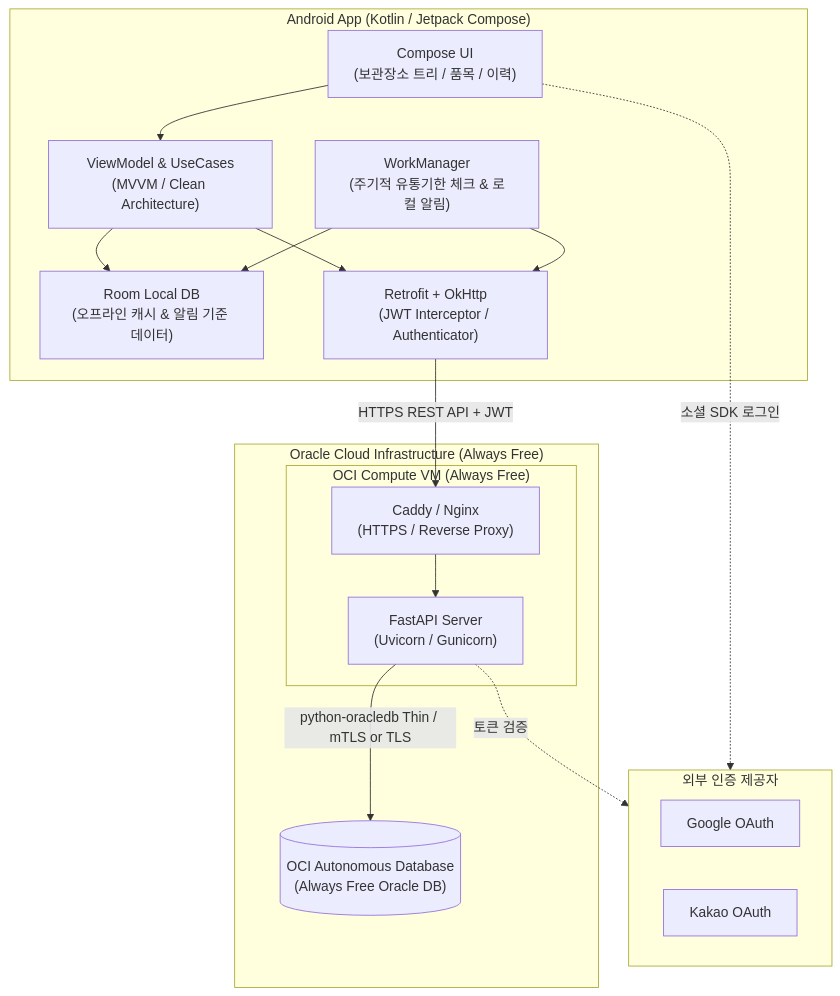
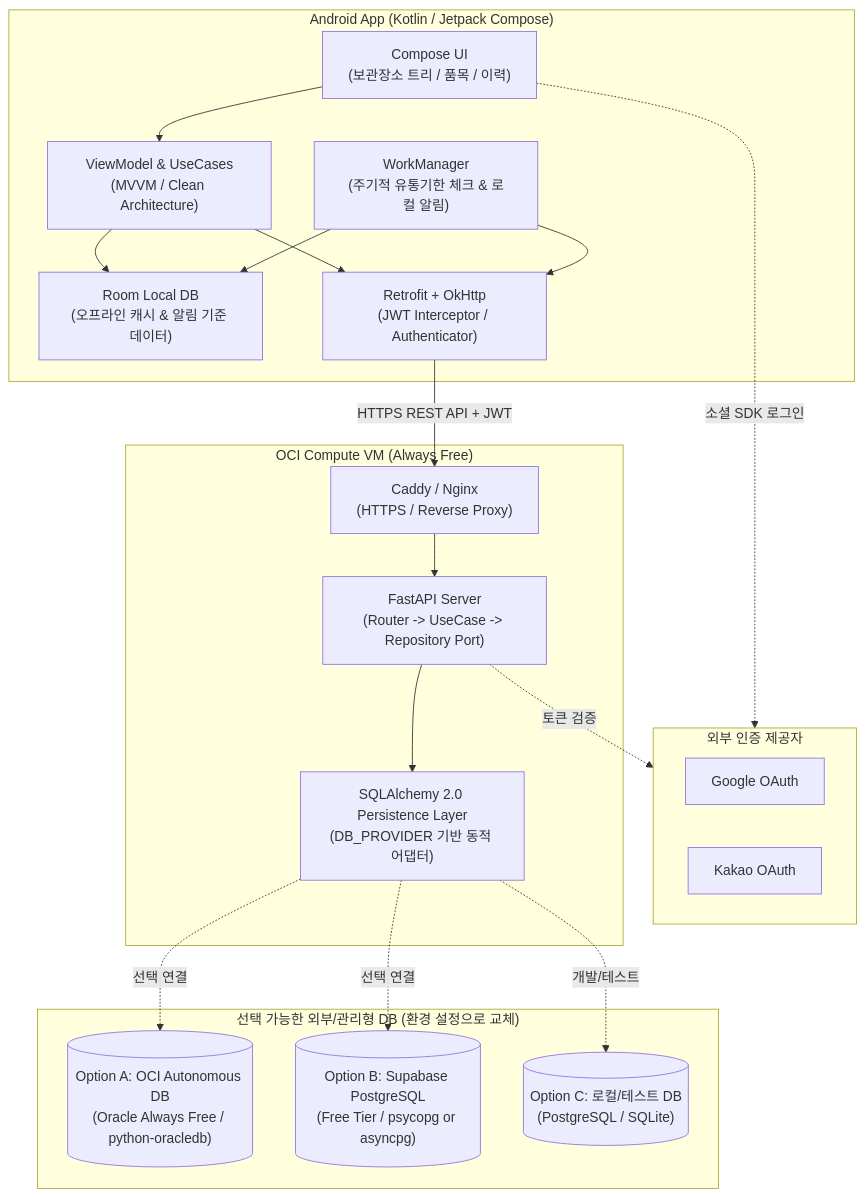
Before and after one commit to mjcode1588/refrigerator_manger: the diagram in docs/02-architecture/01-system-architecture.md, drawn with Mermaid. The commit also changed other lines of this file and 7 other files, not shown here.

Commit message:
docs: Oracle ADB·Supabase 등 다중 DB 지원 아키텍처 및 가이드 반영

````diff
--- a/docs/02-architecture/01-system-architecture.md
+++ b/docs/02-architecture/01-system-architecture.md
@@ -11,34 +11,41 @@
 ```mermaid
 flowchart TB
     subgraph Client["Android App (Kotlin / Jetpack Compose)"]
         UI["Compose UI\n(보관장소 트리 / 품목 / 이력)"]
         VM["ViewModel & UseCases\n(MVVM / Clean Architecture)"]
         ROOM["Room Local DB\n(오프라인 캐시 & 알림 기준 데이터)"]
         WM["WorkManager\n(주기적 유통기한 체크 & 로컬 알림)"]
         NET["Retrofit + OkHttp\n(JWT Interceptor / Authenticator)"]
         UI --> VM
         VM --> ROOM
         VM --> NET
         WM --> ROOM
         WM --> NET
     end
 
     subgraph OAuth["외부 인증 제공자"]
         GOOGLE["Google OAuth"]
         KAKAO["Kakao OAuth"]
     end
 
-    subgraph OCI["Oracle Cloud Infrastructure (Always Free)"]
-        subgraph Compute["OCI Compute VM (Always Free)"]
-            PROXY["Caddy / Nginx\n(HTTPS / Reverse Proxy)"]
-            API["FastAPI Server\n(Uvicorn / Gunicorn)"]
-            PROXY --> API
-        end
-        ADB[("OCI Autonomous Database\n(Always Free Oracle DB)")]
-        API -->|python-oracledb Thin / mTLS or TLS| ADB
+    subgraph OCI["OCI Compute VM (Always Free)"]
+        PROXY["Caddy / Nginx\n(HTTPS / Reverse Proxy)"]
+        API["FastAPI Server\n(Router -> UseCase -> Repository Port)"]
+        DB_ADAPTER["SQLAlchemy 2.0 Persistence Layer\n(DB_PROVIDER 기반 동적 어댑터)"]
+        PROXY --> API
+        API --> DB_ADAPTER
+    end
+
+    subgraph DB_OPTIONS["선택 가능한 외부/관리형 DB (환경 설정으로 교체)"]
+        ADB[("Option A: OCI Autonomous DB\n(Oracle Always Free / python-oracledb)")]
+        SUPA[("Option B: Supabase PostgreSQL\n(Free Tier / psycopg or asyncpg)")]
+        LOCAL_DB[("Option C: 로컬/테스트 DB\n(PostgreSQL / SQLite)")]
     end
 
     UI -.->|소셜 SDK 로그인| OAuth
     NET -->|HTTPS REST API + JWT| PROXY
     API -.->|토큰 검증| OAuth
+    DB_ADAPTER -.->|선택 연결| ADB
+    DB_ADAPTER -.->|선택 연결| SUPA
+    DB_ADAPTER -.->|개발/테스트| LOCAL_DB
 ```
````
